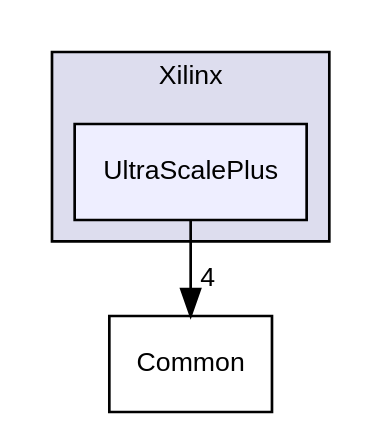
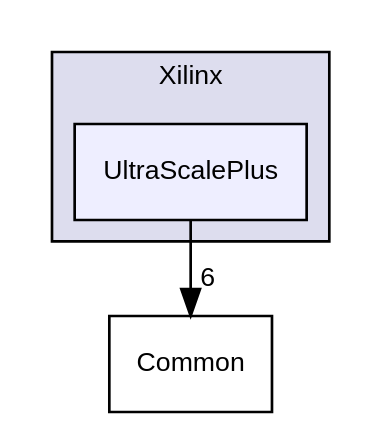
One commit to FPGA-Research-Manchester/byteman changed the diagram in dir_21f1379af401b02d6de0cd697d1b0560_dep.dot. Above: the diagram before and after it, drawn with Graphviz. The commit also changed 418 other files, not shown here.

```diff
--- a/dir_21f1379af401b02d6de0cd697d1b0560_dep.dot
+++ b/dir_21f1379af401b02d6de0cd697d1b0560_dep.dot
@@ -1,11 +1,11 @@
 digraph "src/Devices/Xilinx/UltraScalePlus" {
   compound=true
   node [ fontsize="10", fontname="Helvetica"];
   edge [ labelfontsize="10", labelfontname="Helvetica"];
   subgraph clusterdir_3b80f9b66070ce327ebd8ab923ef7ff0 {
     graph [ bgcolor="#ddddee", pencolor="black", label="Xilinx" fontname="Helvetica", fontsize="10", URL="dir_3b80f9b66070ce327ebd8ab923ef7ff0.html"]
   dir_21f1379af401b02d6de0cd697d1b0560 [shape=box, label="UltraScalePlus", style="filled", fillcolor="#eeeeff", pencolor="black", URL="dir_21f1379af401b02d6de0cd697d1b0560.html"];
   }
   dir_ba210d1fa67db7bee1bb22e0a3c11d9f [shape=box label="Common" URL="dir_ba210d1fa67db7bee1bb22e0a3c11d9f.html"];
-  dir_21f1379af401b02d6de0cd697d1b0560->dir_ba210d1fa67db7bee1bb22e0a3c11d9f [headlabel="4", labeldistance=1.5 headhref="dir_000004_000001.html"];
+  dir_21f1379af401b02d6de0cd697d1b0560->dir_ba210d1fa67db7bee1bb22e0a3c11d9f [headlabel="6", labeldistance=1.5 headhref="dir_000004_000001.html"];
 }
```
